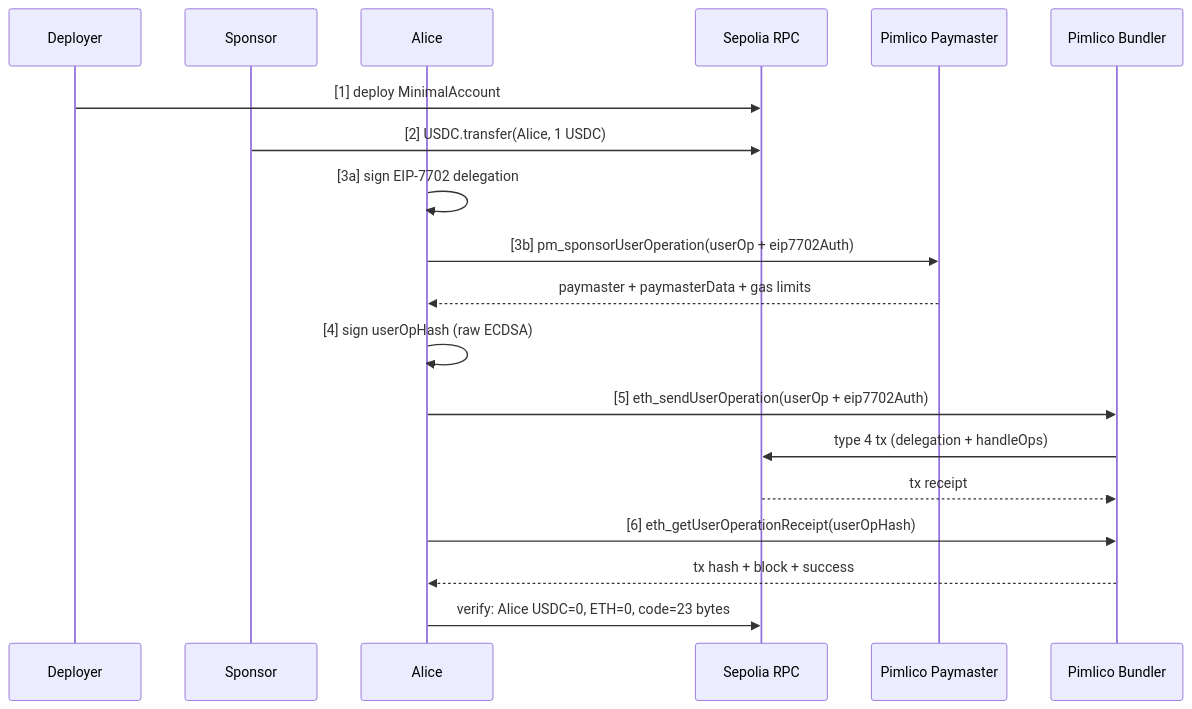
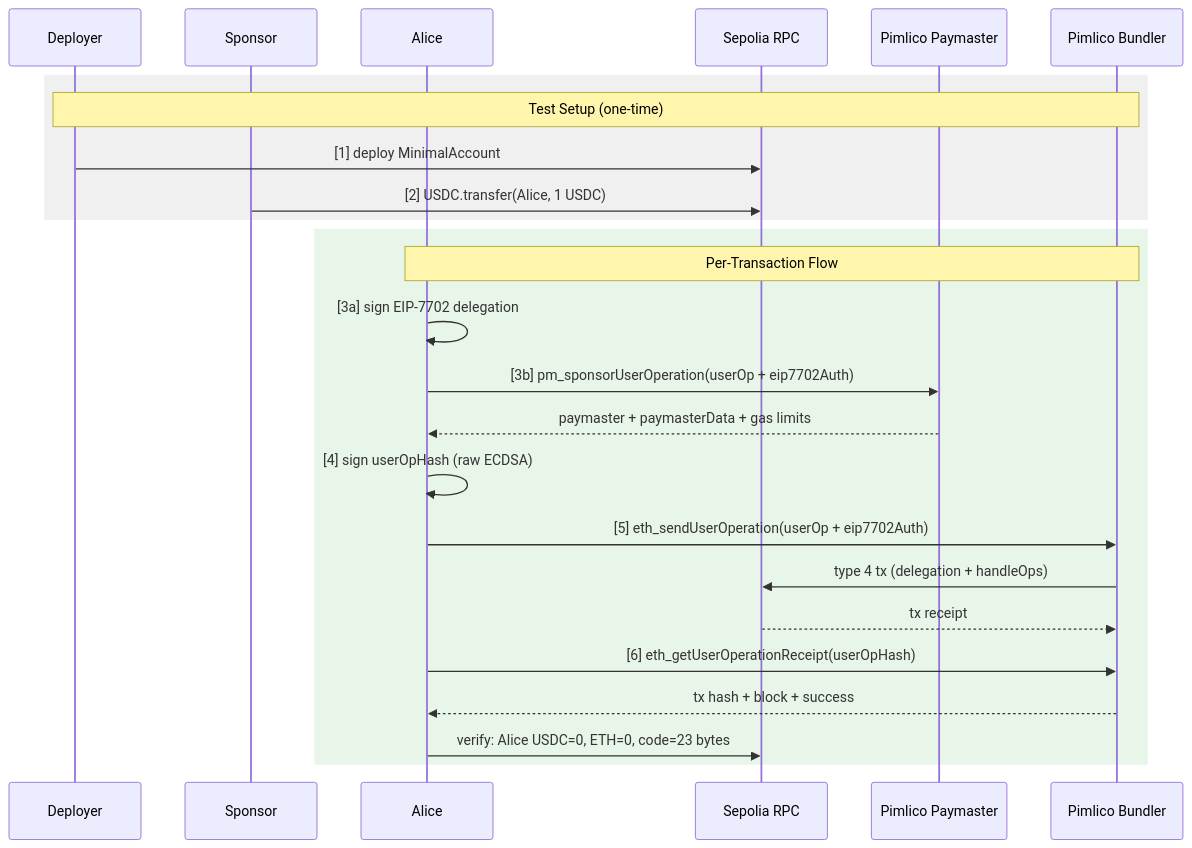
One commit to CoboTest/eip7702-minimal-account changed the diagram in script/python/README.md. Above: the diagram before and after it, drawn with Mermaid. The commit also changed 1 other file, not shown here.

Commit message:
docs: add rect groups to sequence diagram — setup vs per-tx flow

````diff
--- a/script/python/README.md
+++ b/script/python/README.md
@@ -134,26 +134,32 @@
 ```mermaid
 sequenceDiagram
     participant D as Deployer
     participant S as Sponsor
     participant A as Alice
     participant RPC as Sepolia RPC
     participant PM as Pimlico Paymaster
     participant B as Pimlico Bundler
 
+    rect rgb(240, 240, 240)
+    Note over D,B: Test Setup (one-time)
     D->>RPC: [1] deploy MinimalAccount
     S->>RPC: [2] USDC.transfer(Alice, 1 USDC)
+    end
 
+    rect rgb(232, 245, 233)
+    Note over A,B: Per-Transaction Flow
     A->>A: [3a] sign EIP-7702 delegation
     A->>PM: [3b] pm_sponsorUserOperation(userOp + eip7702Auth)
     PM-->>A: paymaster + paymasterData + gas limits
 
     A->>A: [4] sign userOpHash (raw ECDSA)
 
     A->>B: [5] eth_sendUserOperation(userOp + eip7702Auth)
     B->>RPC: type 4 tx (delegation + handleOps)
     RPC-->>B: tx receipt
 
     A->>B: [6] eth_getUserOperationReceipt(userOpHash)
     B-->>A: tx hash + block + success
     A->>RPC: verify: Alice USDC=0, ETH=0, code=23 bytes
+    end
 ```
````
